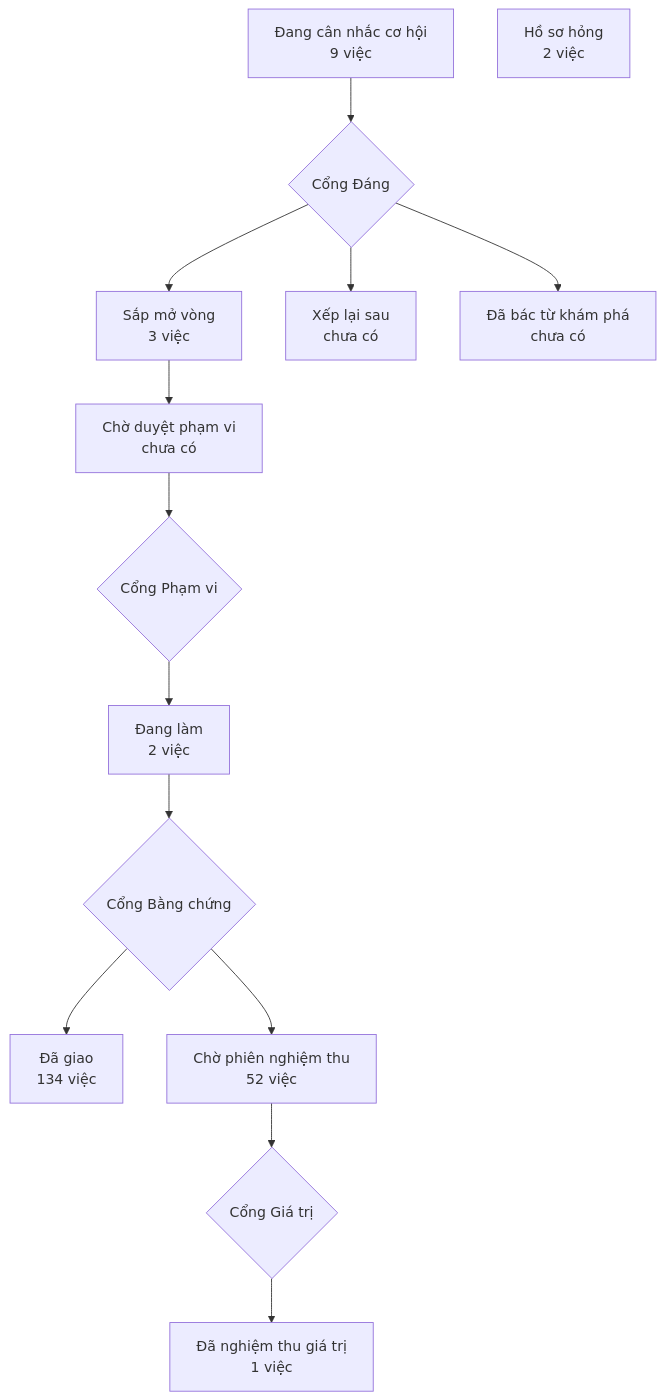
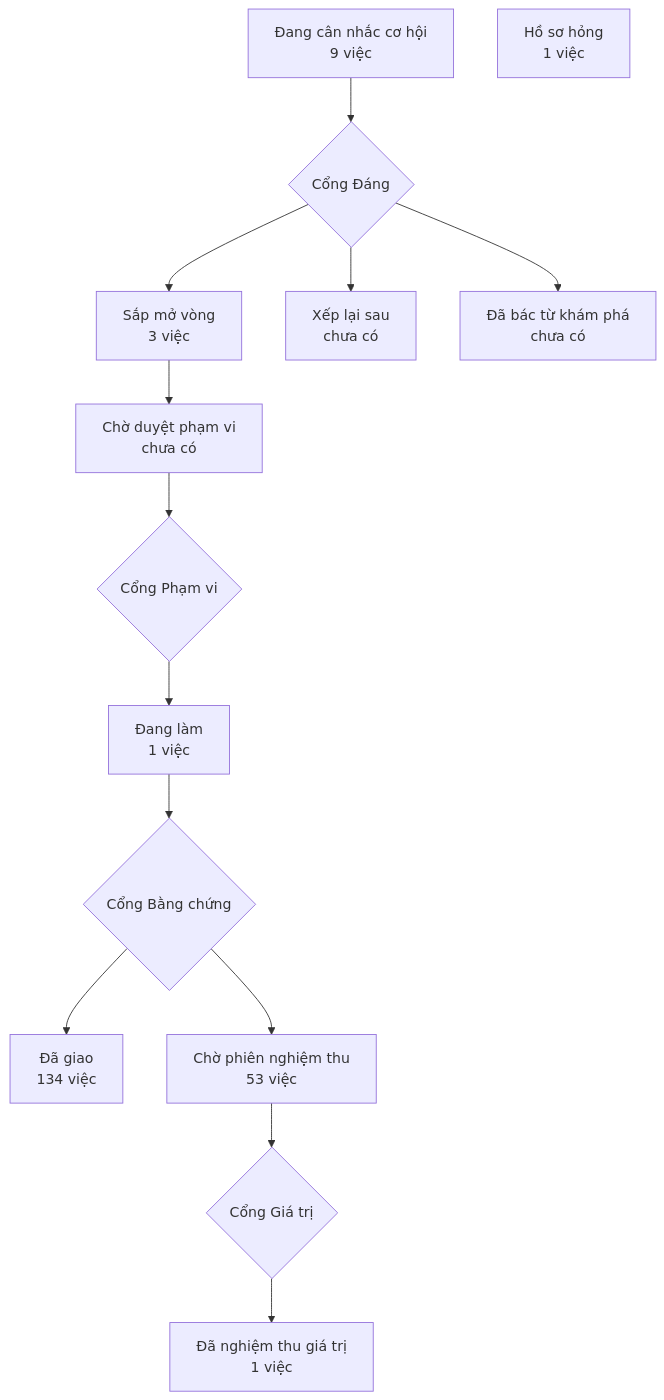
One commit to phanlemanh/crm-onehub changed the diagram in PRODUCT-MAP.md. Above: the diagram before and after it, drawn with Mermaid. The commit also changed other lines of this file and 4 other files, not shown here.

````diff
--- a/PRODUCT-MAP.md
+++ b/PRODUCT-MAP.md
@@ -7,13 +7,13 @@
 ```mermaid
 flowchart TD
   A["Đang cân nhắc cơ hội<br/>9 việc"] --> GD{"Cổng Đáng"}
   GD --> B["Sắp mở vòng<br/>3 việc"]
   GD --> XL["Xếp lại sau<br/>chưa có"]
   GD --> DB["Đã bác từ khám phá<br/>chưa có"]
   B --> CD["Chờ duyệt phạm vi<br/>chưa có"] --> GP{"Cổng Phạm vi"}
-  GP --> DL["Đang làm<br/>2 việc"] --> GB{"Cổng Bằng chứng"}
+  GP --> DL["Đang làm<br/>1 việc"] --> GB{"Cổng Bằng chứng"}
   GB --> DG["Đã giao<br/>134 việc"]
-  GB --> CN["Chờ phiên nghiệm thu<br/>52 việc"] --> GG{"Cổng Giá trị"}
+  GB --> CN["Chờ phiên nghiệm thu<br/>53 việc"] --> GG{"Cổng Giá trị"}
   GG --> NT["Đã nghiệm thu giá trị<br/>1 việc"]
-  HS["Hồ sơ hỏng<br/>2 việc"]
+  HS["Hồ sơ hỏng<br/>1 việc"]
 ```
````
